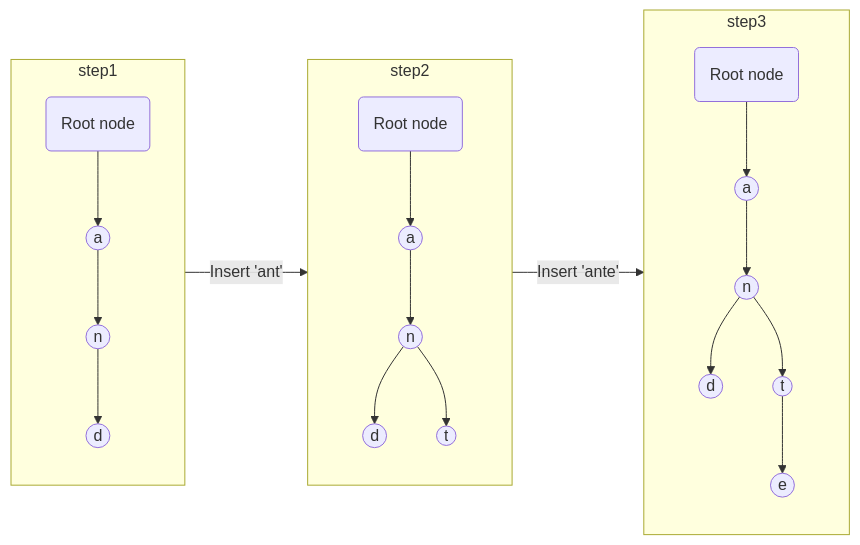
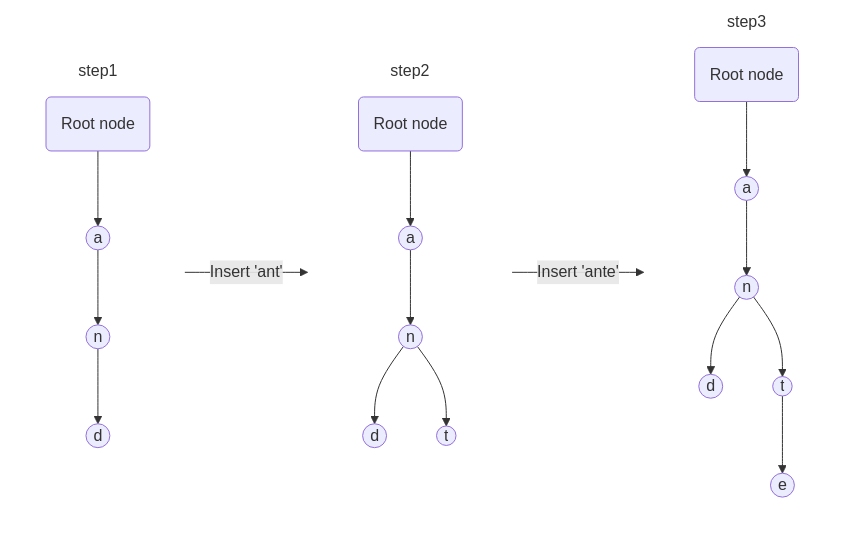
The first of 2 diagrams in Computer Science/DataStructure.md (domeniczz/learnJavaDev), drawn with Mermaid before and after one commit. The commit also changed 6 other files, not shown here.

````diff
--- a/Computer Science/DataStructure.md
+++ b/Computer Science/DataStructure.md
@@ -308,22 +308,26 @@
 ```mermaid
 flowchart LR
   subgraph step1
     A1(Root node) --> B1((a))
     B1 --> C1((n))
     C1 --> D1((d))
   end
   subgraph step2
     A2(Root node) --> B2((a))
     B2 --> C2((n))
     C2 --> D2((d))
     C2 --> E2((t))
   end
   subgraph step3
     A3(Root node) --> B3((a))
     B3 --> C3((n))
     C3 --> D3((d))
     C3 --> E3((t))
     E3 --> F3((e))
   end
   step1 --"Insert 'ant'"--> step2 --"Insert 'ante'"--> step3
+  classDef subgraphstyle fill:transparent,stroke-opacity:0
+  class step1 subgraphstyle
+  class step2 subgraphstyle
+  class step3 subgraphstyle
 ```
````
